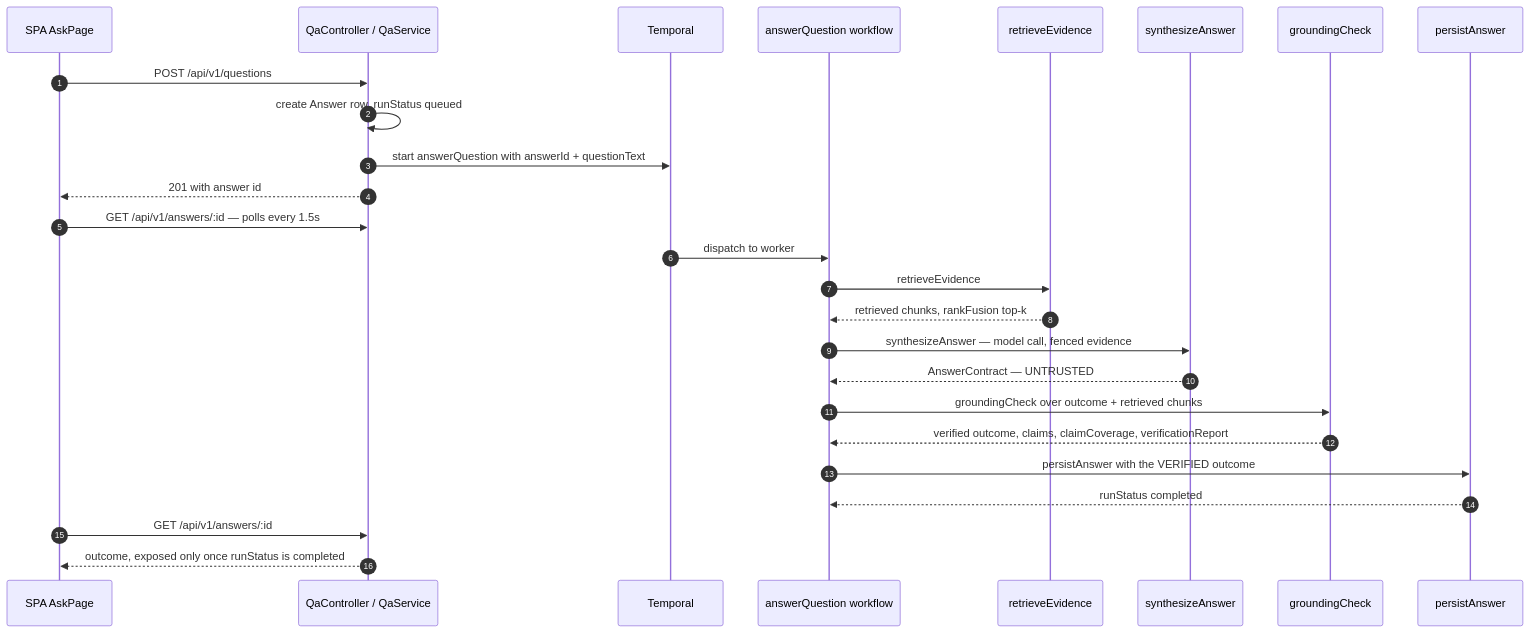
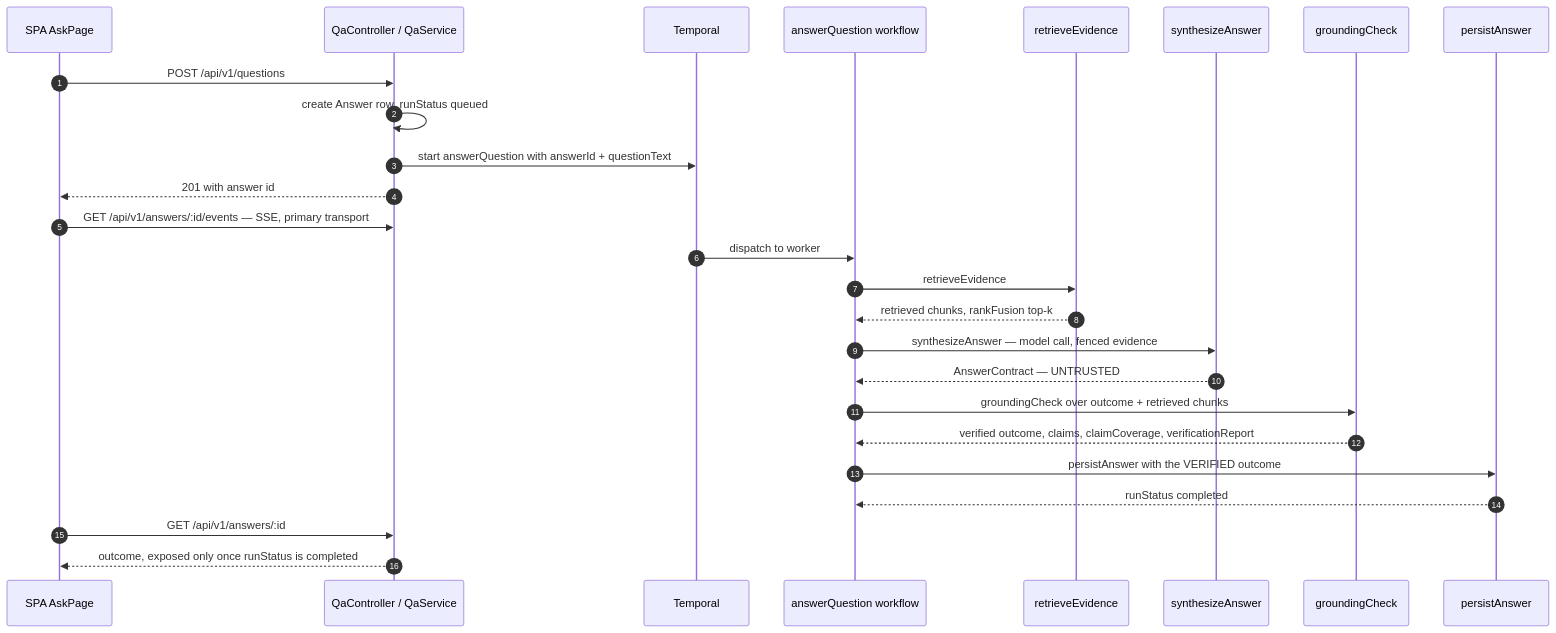
One commit to DannyTheHippo/evidence-ops changed the second of 2 diagrams in docs/global/architecture.md. Above: the diagram before and after it, drawn with Mermaid. The commit also changed other lines of this file and 29 other files, not shown here.

````diff
--- a/docs/global/architecture.md
+++ b/docs/global/architecture.md
@@ -131,29 +131,29 @@
 ```mermaid
 sequenceDiagram
   autonumber
   participant U as SPA AskPage
   participant A as QaController / QaService
   participant T as Temporal
   participant W as answerQuestion workflow
   participant R as retrieveEvidence
   participant S as synthesizeAnswer
   participant G as groundingCheck
   participant P as persistAnswer
 
   U->>A: POST /api/v1/questions
   A->>A: create Answer row, runStatus queued
   A->>T: start answerQuestion with answerId + questionText
   A-->>U: 201 with answer id
-  U->>A: GET /api/v1/answers/:id — polls every 1.5s
+  U->>A: GET /api/v1/answers/:id/events — SSE, primary transport
   T->>W: dispatch to worker
   W->>R: retrieveEvidence
   R-->>W: retrieved chunks, rankFusion top-k
   W->>S: synthesizeAnswer — model call, fenced evidence
   S-->>W: AnswerContract — UNTRUSTED
   W->>G: groundingCheck over outcome + retrieved chunks
   G-->>W: verified outcome, claims, claimCoverage, verificationReport
   W->>P: persistAnswer with the VERIFIED outcome
   P-->>W: runStatus completed
   U->>A: GET /api/v1/answers/:id
   A-->>U: outcome, exposed only once runStatus is completed
 ```
````
